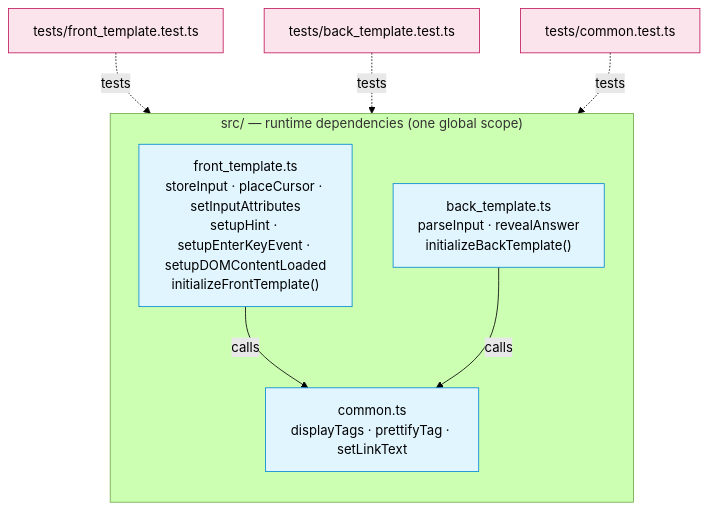
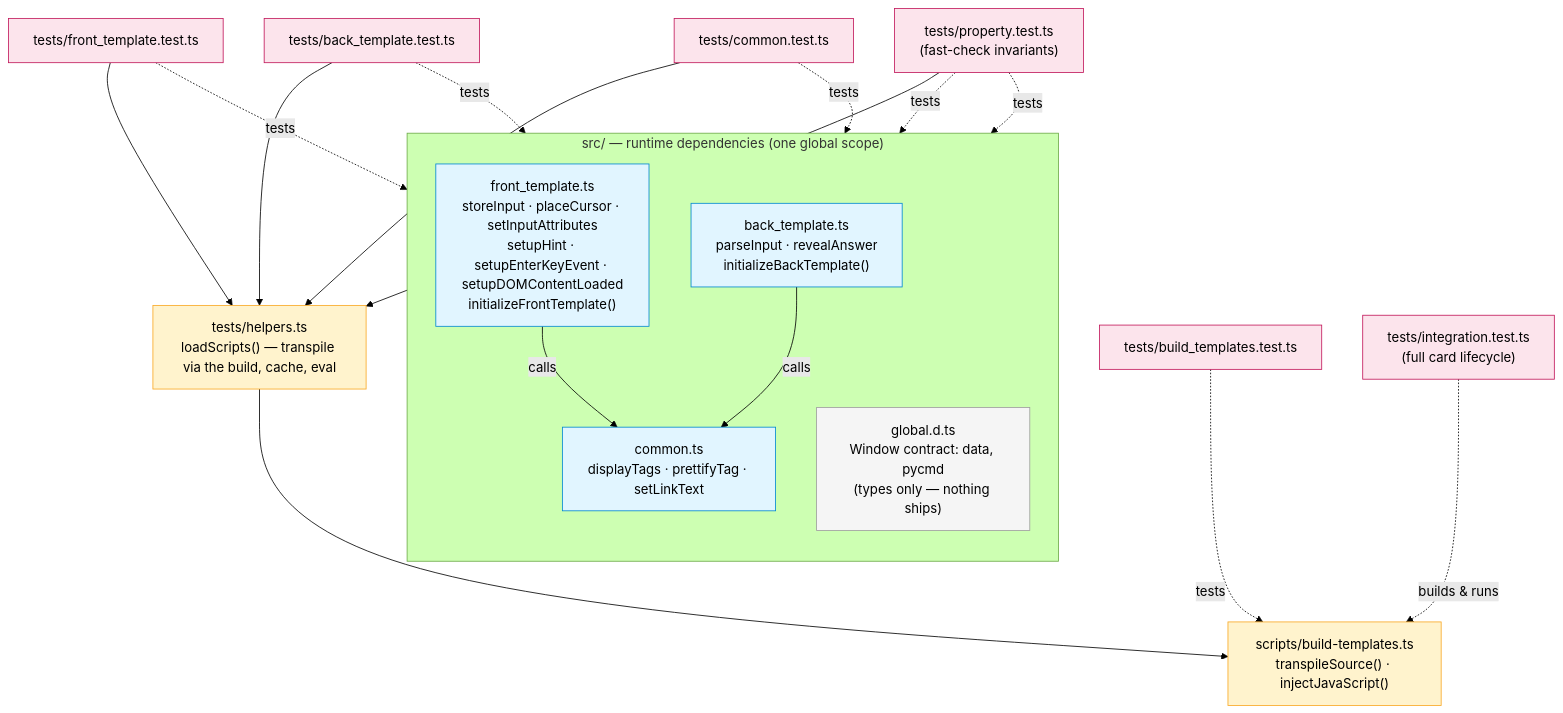
The second of 2 diagrams in documentation/architecture-diagrams/03-module-structure.md (muhsinali/anki_templates), drawn with Mermaid (forest theme) before and after one commit. The commit also changed other lines of this file and 27 other files, not shown here.

First line of the commit message:
Add integration tests, CI workflow, and test infrastructure improvements (#5)

````diff
--- a/documentation/architecture-diagrams/03-module-structure.md
+++ b/documentation/architecture-diagrams/03-module-structure.md
@@ -65,20 +67,38 @@
 ```mermaid
 flowchart TB
     subgraph src["src/ — runtime dependencies (one global scope)"]
         direction TB
         FRONT["front_template.ts<br/>storeInput · placeCursor · setInputAttributes<br/>setupHint · setupEnterKeyEvent · setupDOMContentLoaded<br/>initializeFrontTemplate()"]
         BACK["back_template.ts<br/>parseInput · revealAnswer<br/>initializeBackTemplate()"]
         COMMON["common.ts<br/>displayTags · prettifyTag · setLinkText"]
+        DTS["global.d.ts<br/>Window contract: data, pycmd<br/>(types only — nothing ships)"]
         FRONT -->|calls| COMMON
         BACK -->|calls| COMMON
     end
 
+    BUILD["scripts/build-templates.ts<br/>transpileSource() · injectJavaScript()"]
+    HELPERS["tests/helpers.ts<br/>loadScripts() — transpile via the build, cache, eval"]
+
     TFRONT["tests/front_template.test.ts"] -.tests.-> FRONT
     TBACK["tests/back_template.test.ts"] -.tests.-> BACK
     TCOMMON["tests/common.test.ts"] -.tests.-> COMMON
+    TPROP["tests/property.test.ts<br/>(fast-check invariants)"] -.tests.-> BACK
+    TPROP -.tests.-> COMMON
+    TBUILD["tests/build_templates.test.ts"] -.tests.-> BUILD
+    TINT["tests/integration.test.ts<br/>(full card lifecycle)"] -.builds & runs.-> BUILD
+
+    TFRONT --> HELPERS
+    TBACK --> HELPERS
+    TCOMMON --> HELPERS
+    TPROP --> HELPERS
+    HELPERS --> BUILD
 
     classDef srcCls fill:#e1f5ff,stroke:#0288d1,color:#000;
+    classDef buildCls fill:#fff3cd,stroke:#f9a825,color:#000;
     classDef testCls fill:#fce4ec,stroke:#c2185b,color:#000;
+    classDef typeCls fill:#f5f5f5,stroke:#9e9e9e,color:#000;
     class FRONT,BACK,COMMON srcCls;
-    class TCOMMON,TFRONT,TBACK testCls;
+    class BUILD,HELPERS buildCls;
+    class TCOMMON,TFRONT,TBACK,TPROP,TBUILD,TINT testCls;
+    class DTS typeCls;
 ```
````
